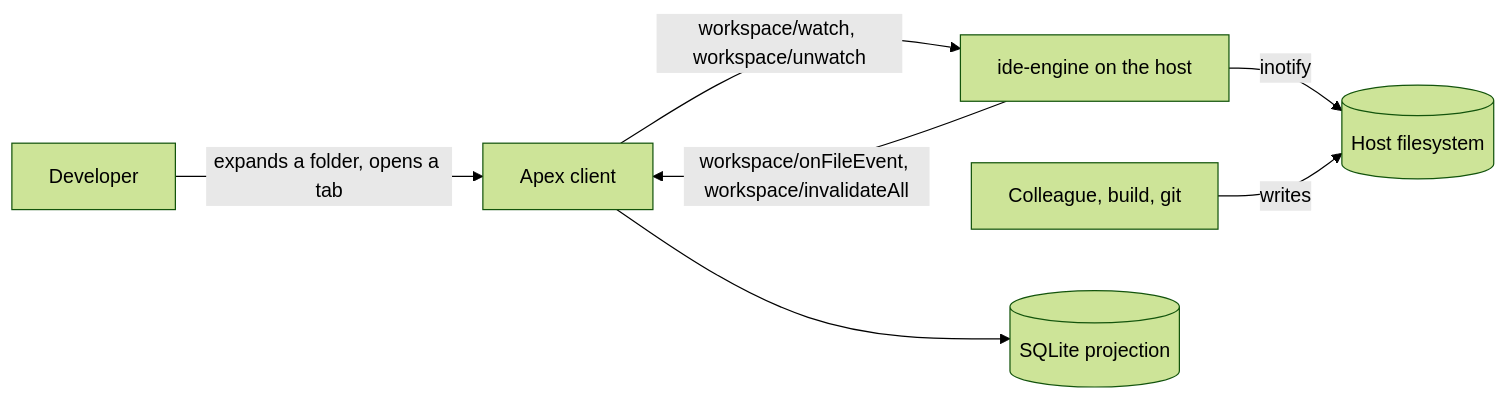
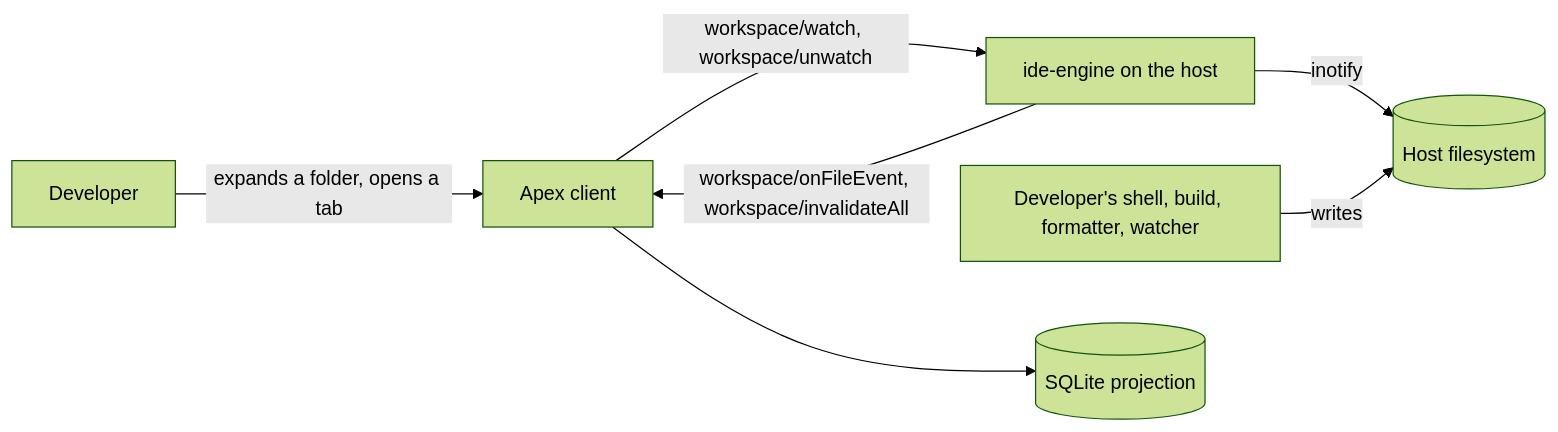
Before and after one commit to nbugash/project-apex: the first of 4 diagrams in specs/006-file-watch-sync/architecture.md, drawn with Mermaid (forest theme). The commit also changed other lines of this file and 6 other files, not shown here.

````diff
--- a/specs/006-file-watch-sync/architecture.md
+++ b/specs/006-file-watch-sync/architecture.md
@@ -27,9 +27,9 @@
 ```mermaid
 flowchart LR
     dev[Developer] -->|expands a folder, opens a tab| client[Apex client]
     client -->|workspace/watch, workspace/unwatch| engine[ide-engine on the host]
     engine -->|workspace/onFileEvent, workspace/invalidateAll| client
     engine -->|inotify| hostfs[(Host filesystem)]
-    colleague[Colleague, build, git] -->|writes| hostfs
+    shell[Developer's shell, build, formatter, watcher] -->|writes| hostfs
     client --> projection[(SQLite projection)]
 ```
````
